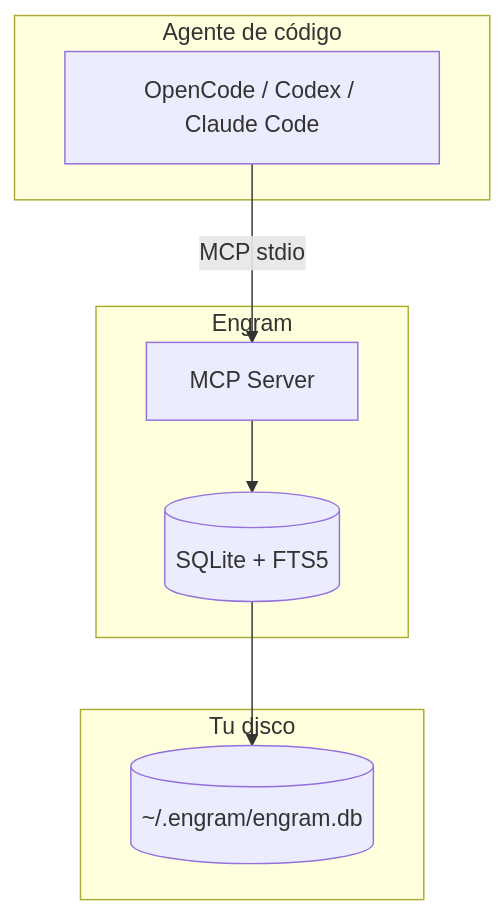
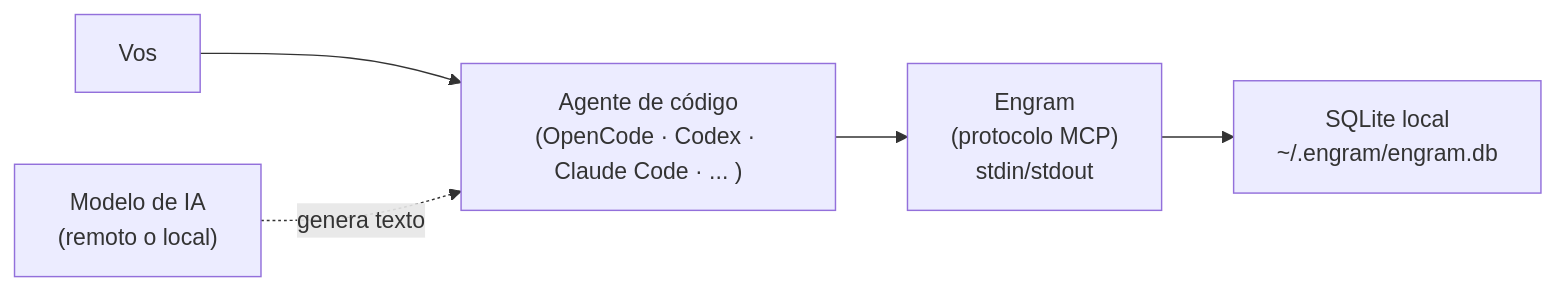
One commit to harrysxavio/gentle-ai-manual changed the diagram in src/content/docs/09-engram/01-que-es-engram.md. Above: the diagram before and after it, drawn with Mermaid. The commit also changed other lines of this file and 3 other files, not shown here.

````diff
--- a/src/content/docs/09-engram/01-que-es-engram.md
+++ b/src/content/docs/09-engram/01-que-es-engram.md
@@ -36,16 +63,7 @@
 ```mermaid
-graph TB
-    subgraph AGENTE["Agente de código"]
-        OC[OpenCode / Codex / Claude Code]
-    end
-    subgraph ENGRAM["Engram"]
-        MCP[MCP Server]
-        DB_CORE[(SQLite + FTS5)]
-    end
-    subgraph DISCO["Tu disco"]
-        DB[(~/.engram/engram.db)]
-    end
-    OC -->|"MCP stdio"| MCP
-    MCP --> DB_CORE
-    DB_CORE --> DB
+flowchart LR
+    A["Vos"] --> B["Agente de código<br/>(OpenCode · Codex · Claude Code · ... )"]
+    B --> C["Engram<br/>(protocolo MCP)<br/>stdin/stdout"]
+    C --> D["SQLite local<br/>~/.engram/engram.db"]
+    E["Modelo de IA<br/>(remoto o local)"] -.->|"genera texto"| B
 ```
````
